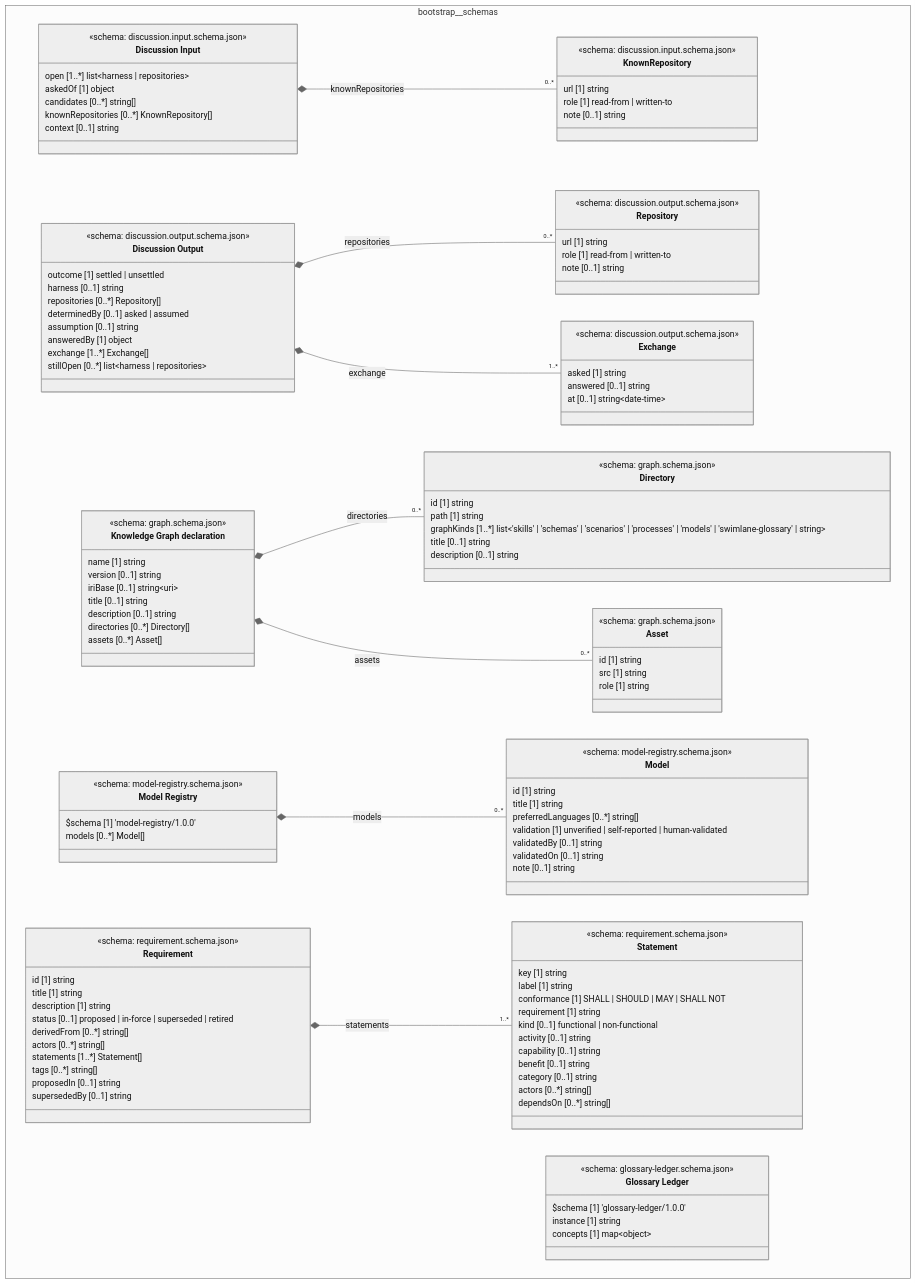
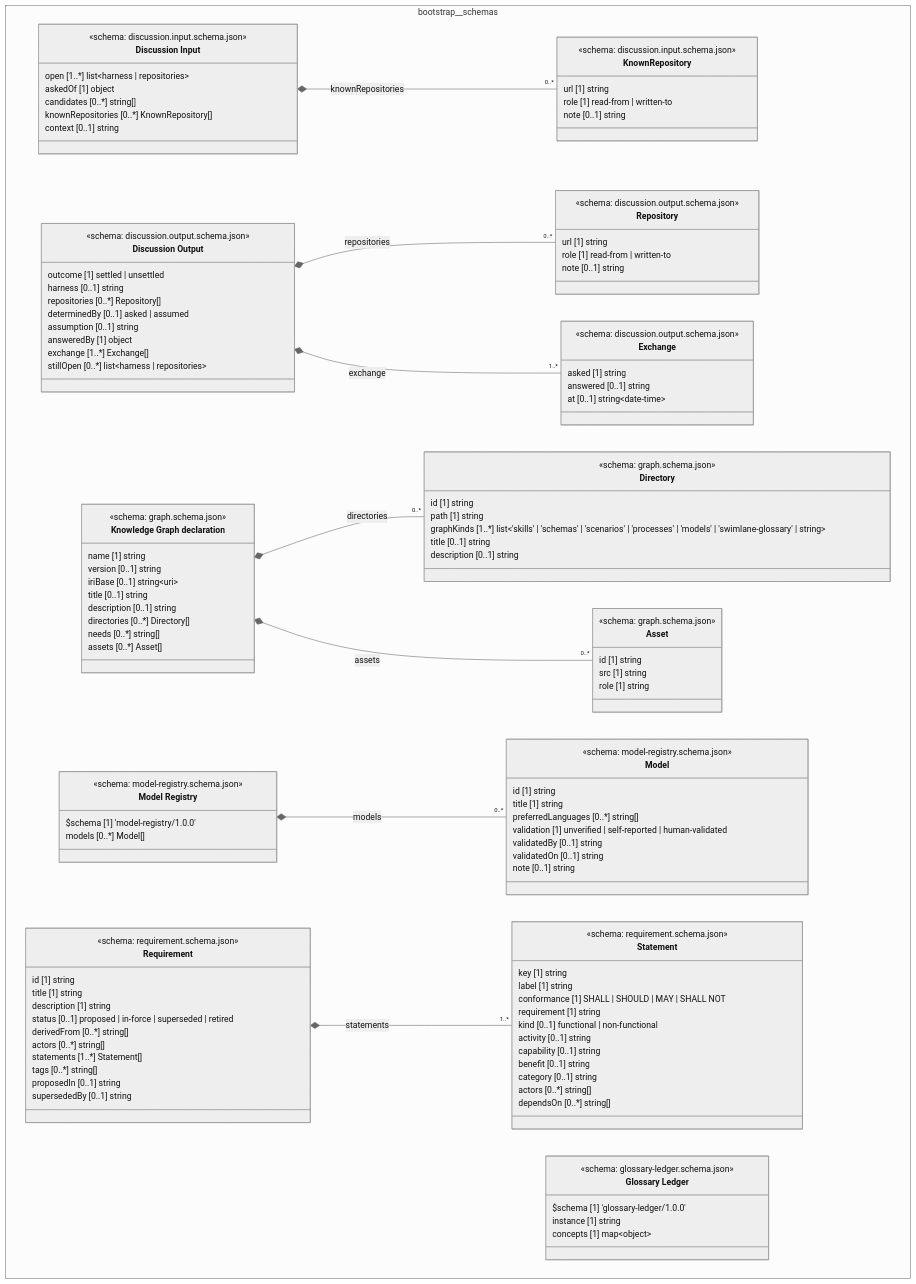
Before and after one commit to litlfred/folio-assistant: the diagram in cat-harness/uml/overview/bootstrap/schemas.mmd, drawn with Mermaid (neutral theme). The commit also changed 14 other files, not shown here.

```diff
--- a/cat-harness/uml/overview/bootstrap/schemas.mmd
+++ b/cat-harness/uml/overview/bootstrap/schemas.mmd
@@ -1,133 +1,134 @@
 classDiagram
   direction TB
   namespace bootstrap__schemas {
     class bootstrap_schemas_discussion_input_schema_json_KnownRepository["KnownRepository"] {
       <<schema: discussion.input.schema.json>>
       url [1] string
       role [1] read-from | written-to
       note [0..1] string
     }
     class bootstrap_schemas_discussion_input_schema_json_Discussion_Input["Discussion Input"] {
       <<schema: discussion.input.schema.json>>
       open [1..*] list~harness | repositories~
       askedOf [1] object
       candidates [0..*] string[]
       knownRepositories [0..*] KnownRepository[]
       context [0..1] string
     }
     class bootstrap_schemas_discussion_output_schema_json_Repository["Repository"] {
       <<schema: discussion.output.schema.json>>
       url [1] string
       role [1] read-from | written-to
       note [0..1] string
     }
     class bootstrap_schemas_discussion_output_schema_json_Exchange["Exchange"] {
       <<schema: discussion.output.schema.json>>
       asked [1] string
       answered [0..1] string
       at [0..1] string~date-time~
     }
     class bootstrap_schemas_discussion_output_schema_json_Discussion_Output["Discussion Output"] {
       <<schema: discussion.output.schema.json>>
       outcome [1] settled | unsettled
       harness [0..1] string
       repositories [0..*] Repository[]
       determinedBy [0..1] asked | assumed
       assumption [0..1] string
       answeredBy [1] object
       exchange [1..*] Exchange[]
       stillOpen [0..*] list~harness | repositories~
     }
     class bootstrap_schemas_glossary_ledger_schema_json_Glossary_Ledger["Glossary Ledger"] {
       <<schema: glossary-ledger.schema.json>>
       $schema [1] 'glossary-ledger/1.0.0'
       instance [1] string
       concepts [1] map~object~
     }
     class bootstrap_schemas_graph_schema_json_Directory["Directory"] {
       <<schema: graph.schema.json>>
       id [1] string
       path [1] string
       graphKinds [1..*] list~'skills' | 'schemas' | 'scenarios' | 'processes' | 'models' | 'swimlane-glossary' | string~
       title [0..1] string
       description [0..1] string
     }
     class bootstrap_schemas_graph_schema_json_Asset["Asset"] {
       <<schema: graph.schema.json>>
       id [1] string
       src [1] string
       role [1] string
     }
     class bootstrap_schemas_graph_schema_json_Knowledge_Graph_declaration["Knowledge Graph declaration"] {
       <<schema: graph.schema.json>>
       name [1] string
       version [0..1] string
       iriBase [0..1] string~uri~
       title [0..1] string
       description [0..1] string
       directories [0..*] Directory[]
+      needs [0..*] string[]
       assets [0..*] Asset[]
     }
     class bootstrap_schemas_model_registry_schema_json_Model["Model"] {
       <<schema: model-registry.schema.json>>
       id [1] string
       title [1] string
       preferredLanguages [0..*] string[]
       validation [1] unverified | self-reported | human-validated
       validatedBy [0..1] string
       validatedOn [0..1] string
       note [0..1] string
     }
     class bootstrap_schemas_model_registry_schema_json_Model_Registry["Model Registry"] {
       <<schema: model-registry.schema.json>>
       $schema [1] 'model-registry/1.0.0'
       models [0..*] Model[]
     }
     class bootstrap_schemas_requirement_schema_json_Statement["Statement"] {
       <<schema: requirement.schema.json>>
       key [1] string
       label [1] string
       conformance [1] SHALL | SHOULD | MAY | SHALL NOT
       requirement [1] string
       kind [0..1] functional | non-functional
       activity [0..1] string
       capability [0..1] string
       benefit [0..1] string
       category [0..1] string
       actors [0..*] string[]
       dependsOn [0..*] string[]
     }
     class bootstrap_schemas_requirement_schema_json_Requirement["Requirement"] {
       <<schema: requirement.schema.json>>
       id [1] string
       title [1] string
       description [1] string
       status [0..1] proposed | in-force | superseded | retired
       derivedFrom [0..*] string[]
       actors [0..*] string[]
       statements [1..*] Statement[]
       tags [0..*] string[]
       proposedIn [0..1] string
       supersededBy [0..1] string
     }
   }
   bootstrap_schemas_discussion_input_schema_json_Discussion_Input *-- "0..*" bootstrap_schemas_discussion_input_schema_json_KnownRepository : knownRepositories
   bootstrap_schemas_discussion_output_schema_json_Discussion_Output *-- "0..*" bootstrap_schemas_discussion_output_schema_json_Repository : repositories
   bootstrap_schemas_discussion_output_schema_json_Discussion_Output *-- "1..*" bootstrap_schemas_discussion_output_schema_json_Exchange : exchange
   bootstrap_schemas_graph_schema_json_Knowledge_Graph_declaration *-- "0..*" bootstrap_schemas_graph_schema_json_Directory : directories
   bootstrap_schemas_graph_schema_json_Knowledge_Graph_declaration *-- "0..*" bootstrap_schemas_graph_schema_json_Asset : assets
   bootstrap_schemas_model_registry_schema_json_Model_Registry *-- "0..*" bootstrap_schemas_model_registry_schema_json_Model : models
   bootstrap_schemas_requirement_schema_json_Requirement *-- "1..*" bootstrap_schemas_requirement_schema_json_Statement : statements
   cssClass "bootstrap_schemas_discussion_input_schema_json_KnownRepository" fa_uml_kind_schemas
   cssClass "bootstrap_schemas_discussion_input_schema_json_Discussion_Input" fa_uml_kind_schemas
   cssClass "bootstrap_schemas_discussion_output_schema_json_Repository" fa_uml_kind_schemas
   cssClass "bootstrap_schemas_discussion_output_schema_json_Exchange" fa_uml_kind_schemas
   cssClass "bootstrap_schemas_discussion_output_schema_json_Discussion_Output" fa_uml_kind_schemas
   cssClass "bootstrap_schemas_glossary_ledger_schema_json_Glossary_Ledger" fa_uml_kind_schemas
   cssClass "bootstrap_schemas_graph_schema_json_Directory" fa_uml_kind_schemas
   cssClass "bootstrap_schemas_graph_schema_json_Asset" fa_uml_kind_schemas
   cssClass "bootstrap_schemas_graph_schema_json_Knowledge_Graph_declaration" fa_uml_kind_schemas
   cssClass "bootstrap_schemas_model_registry_schema_json_Model" fa_uml_kind_schemas
   cssClass "bootstrap_schemas_model_registry_schema_json_Model_Registry" fa_uml_kind_schemas
   cssClass "bootstrap_schemas_requirement_schema_json_Statement" fa_uml_kind_schemas
   cssClass "bootstrap_schemas_requirement_schema_json_Requirement" fa_uml_kind_schemas
```
